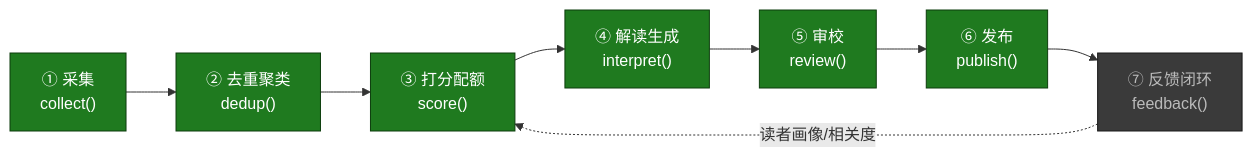
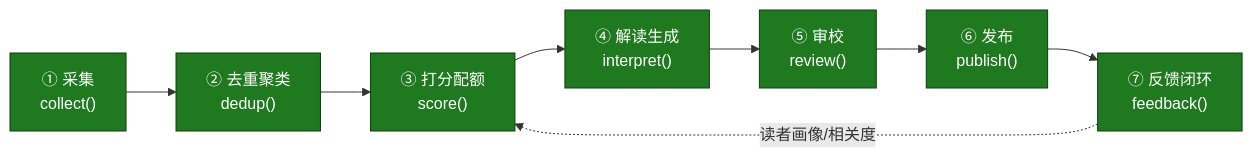
Before and after one commit to ai-newsday/core: the first of 3 diagrams in docs/ROADMAP.md, drawn with Mermaid. The commit also changed other lines of this file, not shown here.

Commit message:
docs: ROADMAP — Circle 7 feedback merged; 7-layer MVP loop complete

````diff
--- a/docs/ROADMAP.md
+++ b/docs/ROADMAP.md
@@ -10,17 +10,17 @@
 ```mermaid
 flowchart LR
     C1["① 采集<br/>collect()"]:::done
     C2["② 去重聚类<br/>dedup()"]:::done
     C3["③ 打分配额<br/>score()"]:::done
     C4["④ 解读生成<br/>interpret()"]:::done
     C5["⑤ 审校<br/>review()"]:::done
     C6["⑥ 发布<br/>publish()"]:::done
-    C7["⑦ 反馈闭环<br/>feedback()"]:::todo
+    C7["⑦ 反馈闭环<br/>feedback()"]:::done
 
     C1 --> C2 --> C3 --> C4 --> C5 --> C6 --> C7
     C7 -.读者画像/相关度.-> C3
 
     classDef done fill:#1f7a1f,stroke:#0d3d0d,color:#fff;
     classDef spec fill:#b58900,stroke:#6b4f00,color:#fff;
     classDef todo fill:#3a3a3a,stroke:#1a1a1a,color:#bbb;
 ```
````
